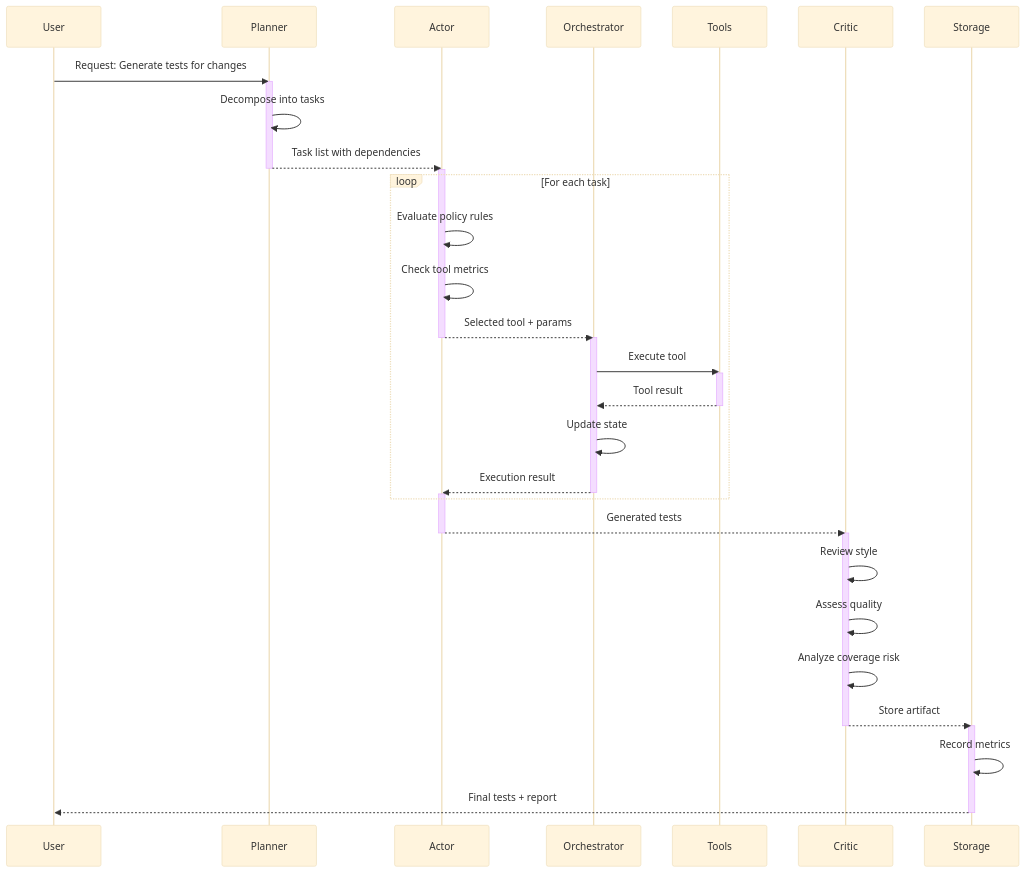
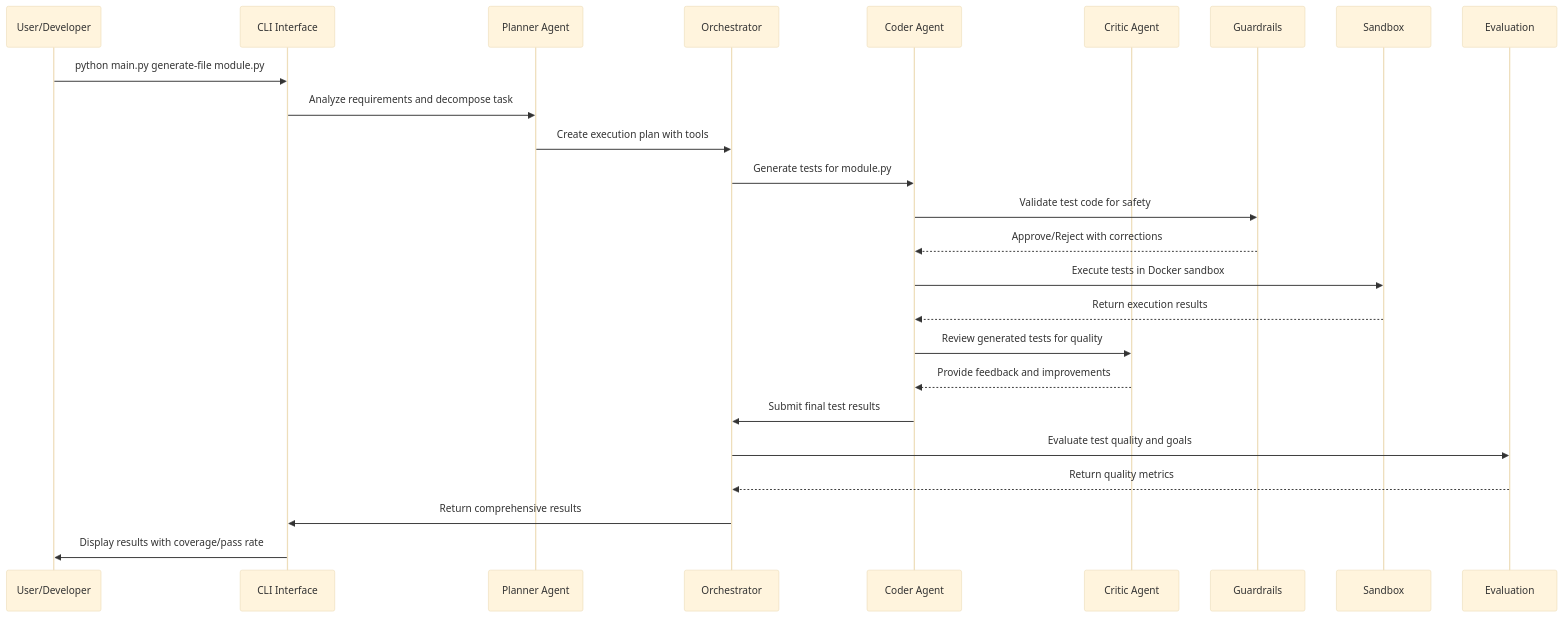
One commit to narenallam/AgenticTestGenerator changed the third of 13 diagrams in ARCHITECTURE.md. Above: the diagram before and after it, drawn with Mermaid (base theme). The commit also changed other lines of this file and 11 other files, not shown here.

````diff
--- a/ARCHITECTURE.md
+++ b/ARCHITECTURE.md
@@ -159,48 +289,28 @@
 ```mermaid
 sequenceDiagram
-    participant U as User
-    participant P as Planner
-    participant A as Actor
+    participant U as User/Developer
+    participant CLI as CLI Interface
+    participant P as Planner Agent
     participant O as Orchestrator
-    participant T as Tools
-    participant C as Critic
-    participant S as Storage
-    
-    U->>P: Request: Generate tests for changes
-    activate P
-    P->>P: Decompose into tasks
-    P-->>A: Task list with dependencies
-    deactivate P
-    
-    activate A
-    loop For each task
-        A->>A: Evaluate policy rules
-        A->>A: Check tool metrics
-        A-->>O: Selected tool + params
-        deactivate A
-        
-        activate O
-        O->>T: Execute tool
-        activate T
-        T-->>O: Tool result
-        deactivate T
-        O->>O: Update state
-        O-->>A: Execution result
-        deactivate O
-        activate A
-    end
-    A-->>C: Generated tests
-    deactivate A
-    
-    activate C
-    C->>C: Review style
-    C->>C: Assess quality
-    C->>C: Analyze coverage risk
-    C-->>S: Store artifact
-    deactivate C
-    
-    activate S
-    S->>S: Record metrics
-    S-->>U: Final tests + report
-    deactivate S
+    participant C as Coder Agent
+    participant CR as Critic Agent
+    participant G as Guardrails
+    participant S as Sandbox
+    participant E as Evaluation
+
+    U->>CLI: python main.py generate-file module.py
+    CLI->>P: Analyze requirements and decompose task
+    P->>O: Create execution plan with tools
+    O->>C: Generate tests for module.py
+    C->>G: Validate test code for safety
+    G-->>C: Approve/Reject with corrections
+    C->>S: Execute tests in Docker sandbox
+    S-->>C: Return execution results
+    C->>CR: Review generated tests for quality
+    CR-->>C: Provide feedback and improvements
+    C->>O: Submit final test results
+    O->>E: Evaluate test quality and goals
+    E-->>O: Return quality metrics
+    O->>CLI: Return comprehensive results
+    CLI->>U: Display results with coverage/pass rate
 ```
````
